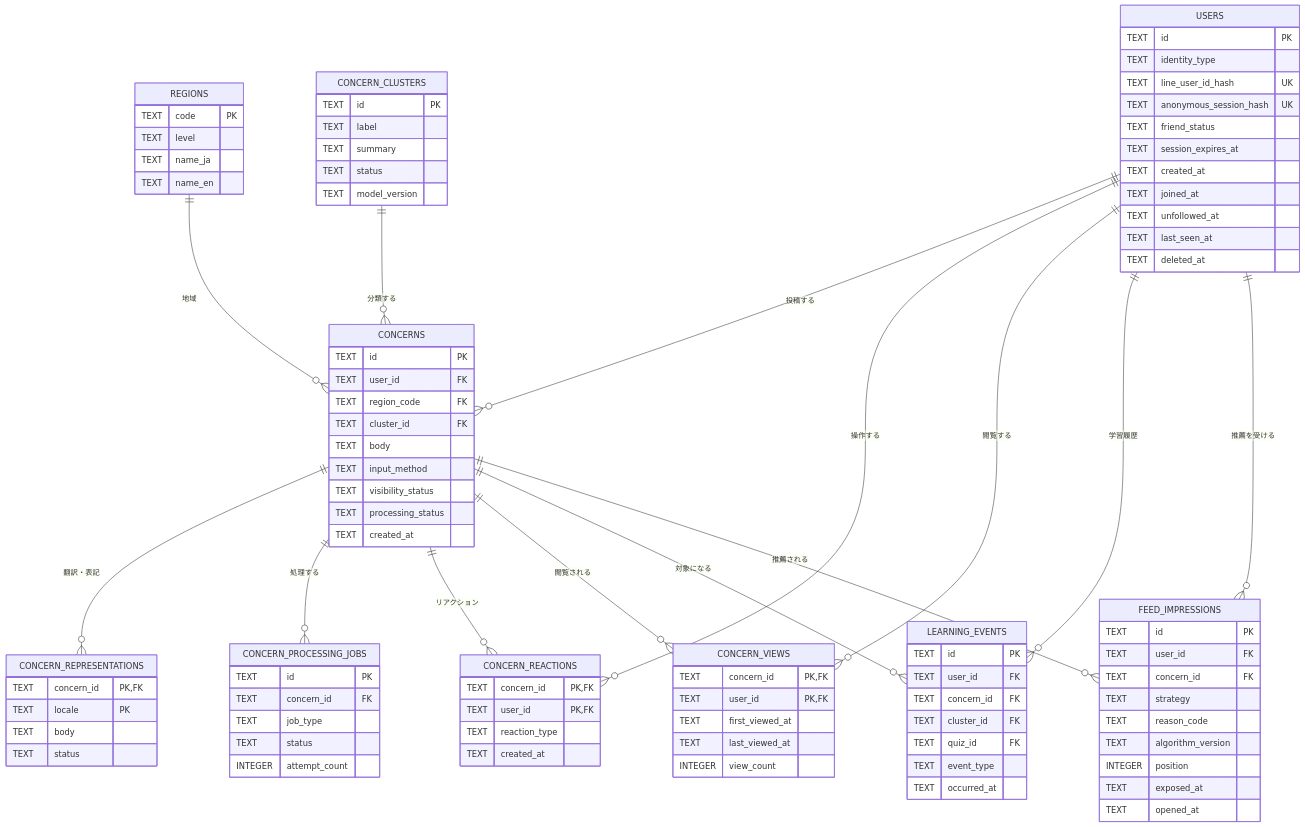
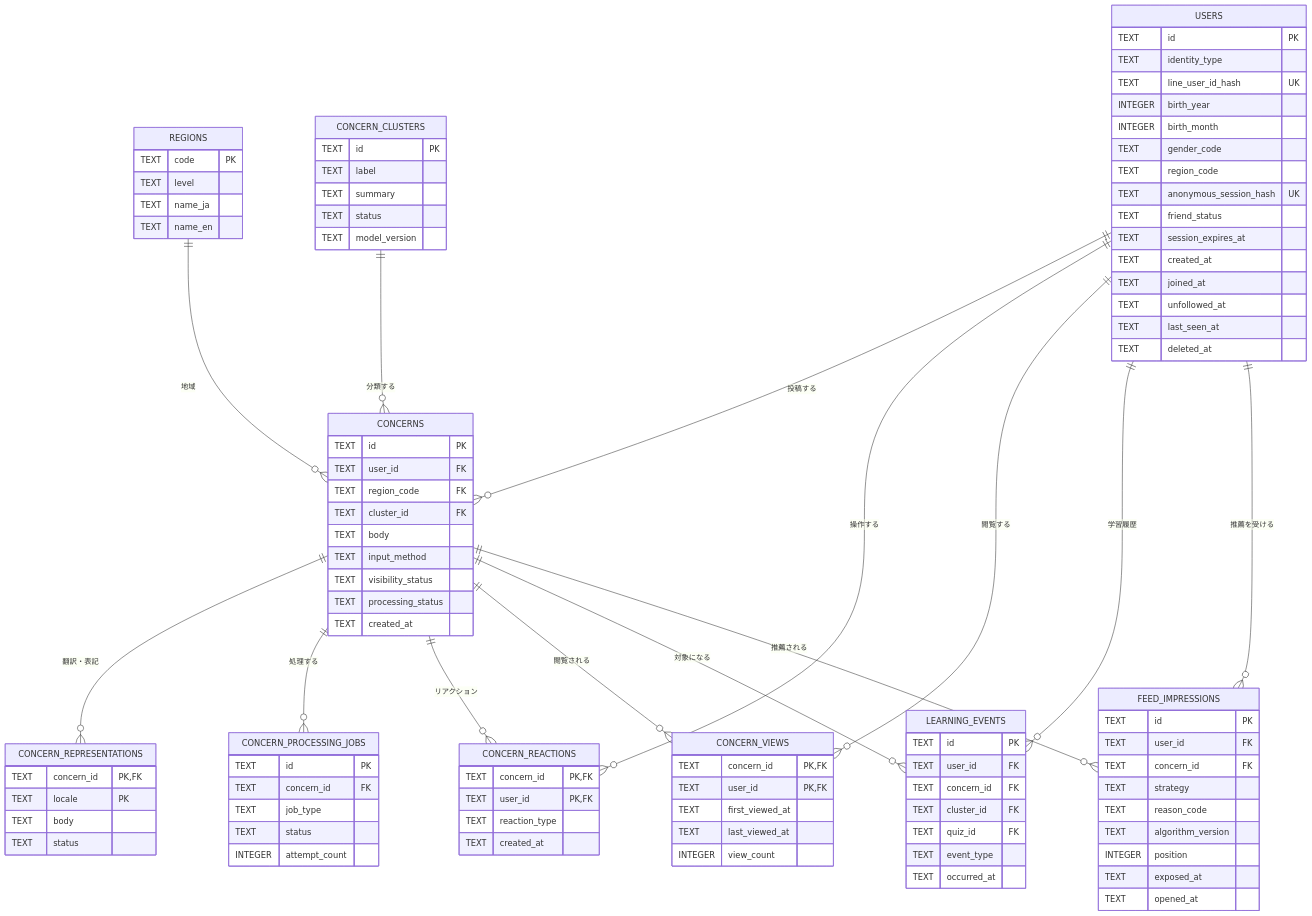
One commit to Digix00/58-Hackathon-202609 changed the first of 3 diagrams in docs/technical/database.md. Above: the diagram before and after it, drawn with Mermaid. The commit also changed other lines of this file and 23 other files, not shown here.

Commit message:
feat: add user profile update flow

```diff
--- a/docs/technical/database.md
+++ b/docs/technical/database.md
@@ -77,6 +77,10 @@
     TEXT id PK
     TEXT identity_type
     TEXT line_user_id_hash UK
+    INTEGER birth_year
+    INTEGER birth_month
+    TEXT gender_code
+    TEXT region_code
     TEXT anonymous_session_hash UK
     TEXT friend_status
     TEXT session_expires_at
```
